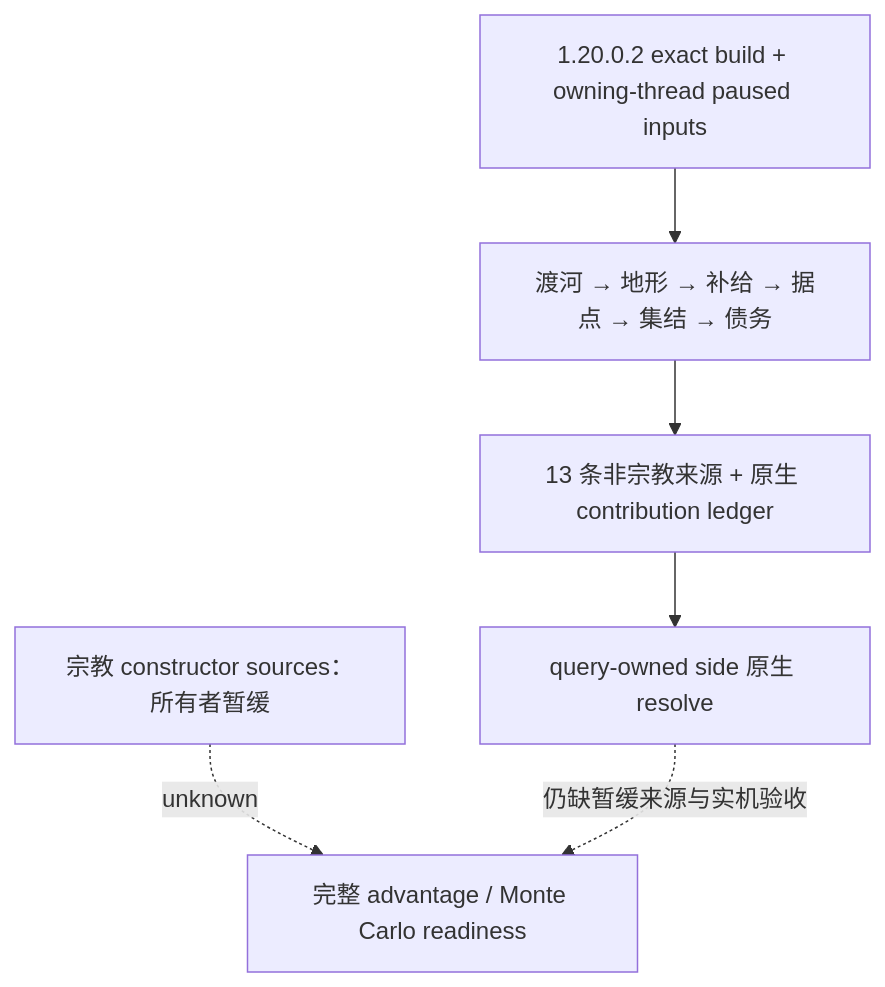
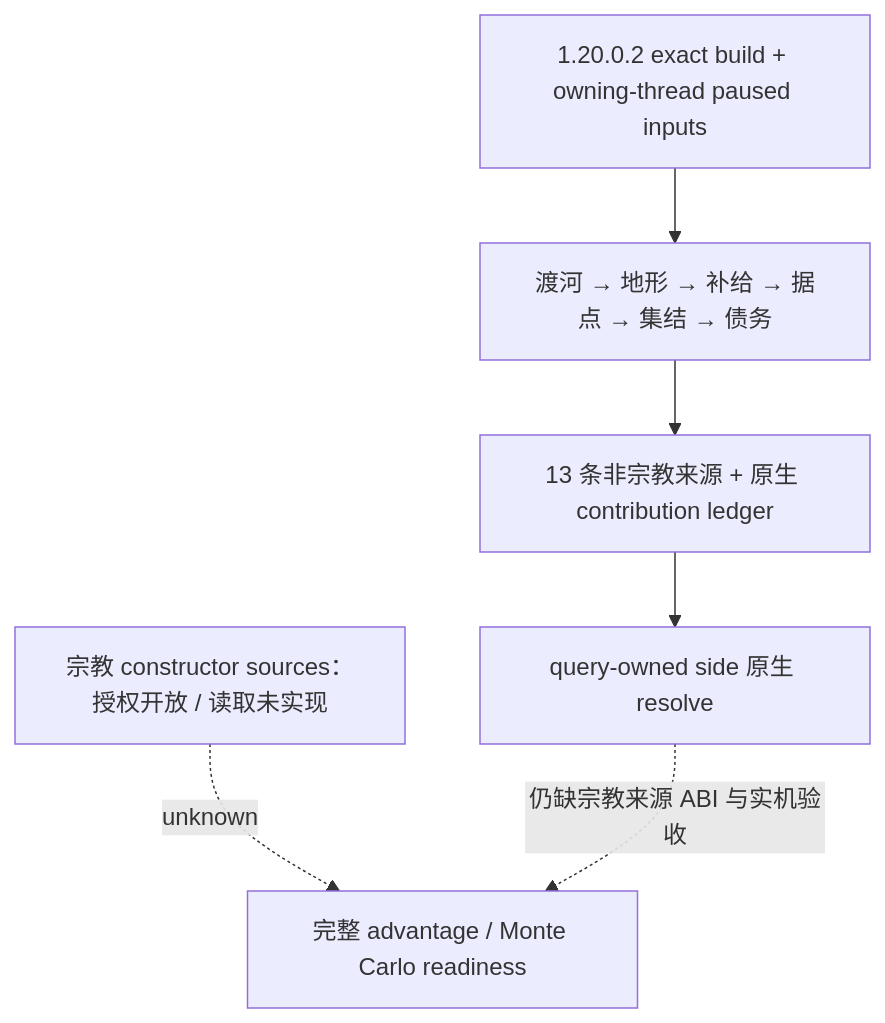
Before and after one commit to XenoAmess/ck3_eternal_recurrence: the diagram in docs/ck3-native-ai/ck3-1.20.0.2-phase-advantage.md, drawn with Mermaid. The commit also changed other lines of this file and 69 other files, not shown here.

````diff
--- a/docs/ck3-native-ai/ck3-1.20.0.2-phase-advantage.md
+++ b/docs/ck3-native-ai/ck3-1.20.0.2-phase-advantage.md
@@ -38,8 +40,8 @@
 ```mermaid
 flowchart TD
   Exact[1.20.0.2 exact build + owning-thread paused inputs] --> Sources[渡河 → 地形 → 补给 → 据点 → 集结 → 债务]
   Sources --> Plan[13 条非宗教来源 + 原生 contribution ledger]
   Plan --> Native[query-owned side 原生 resolve]
-  Deferred[宗教 constructor sources：所有者暂缓] -. unknown .-> Full[完整 advantage / Monte Carlo readiness]
-  Native -. 仍缺暂缓来源与实机验收 .-> Full
+  Religion[宗教 constructor sources：授权开放 / 读取未实现] -. unknown .-> Full[完整 advantage / Monte Carlo readiness]
+  Native -. 仍缺宗教来源 ABI 与实机验收 .-> Full
 ```
````
